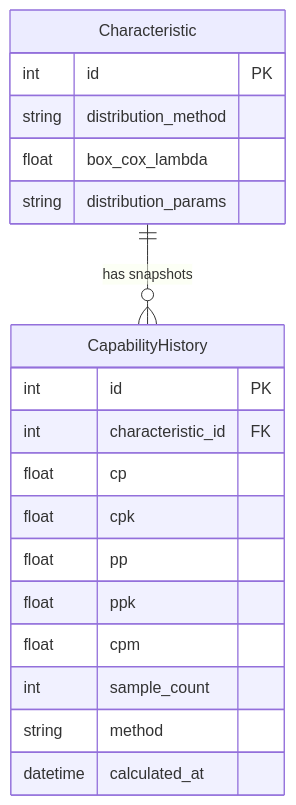
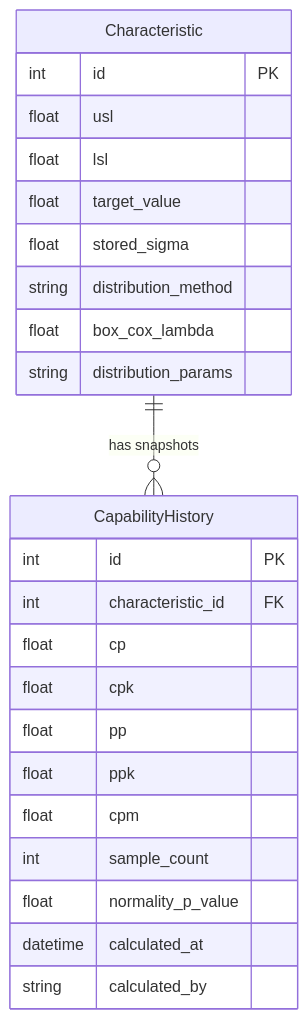
Before and after one commit to saturnis-io/cassini: the second of 2 diagrams in .knowledge/features/capability.md, drawn with Mermaid. The commit also changed other lines of this file and 15 other files, not shown here.

Commit message:
knowledge-graph: regenerate

````diff
--- a/.knowledge/features/capability.md
+++ b/.knowledge/features/capability.md
@@ -32,22 +26,27 @@
 ```mermaid
 erDiagram
     Characteristic ||--o{ CapabilityHistory : "has snapshots"
     Characteristic {
         int id PK
+        float usl
+        float lsl
+        float target_value
+        float stored_sigma
         string distribution_method
         float box_cox_lambda
         string distribution_params
     }
     CapabilityHistory {
         int id PK
         int characteristic_id FK
         float cp
         float cpk
         float pp
         float ppk
         float cpm
         int sample_count
-        string method
+        float normality_p_value
         datetime calculated_at
+        string calculated_by
     }
 ```
````
